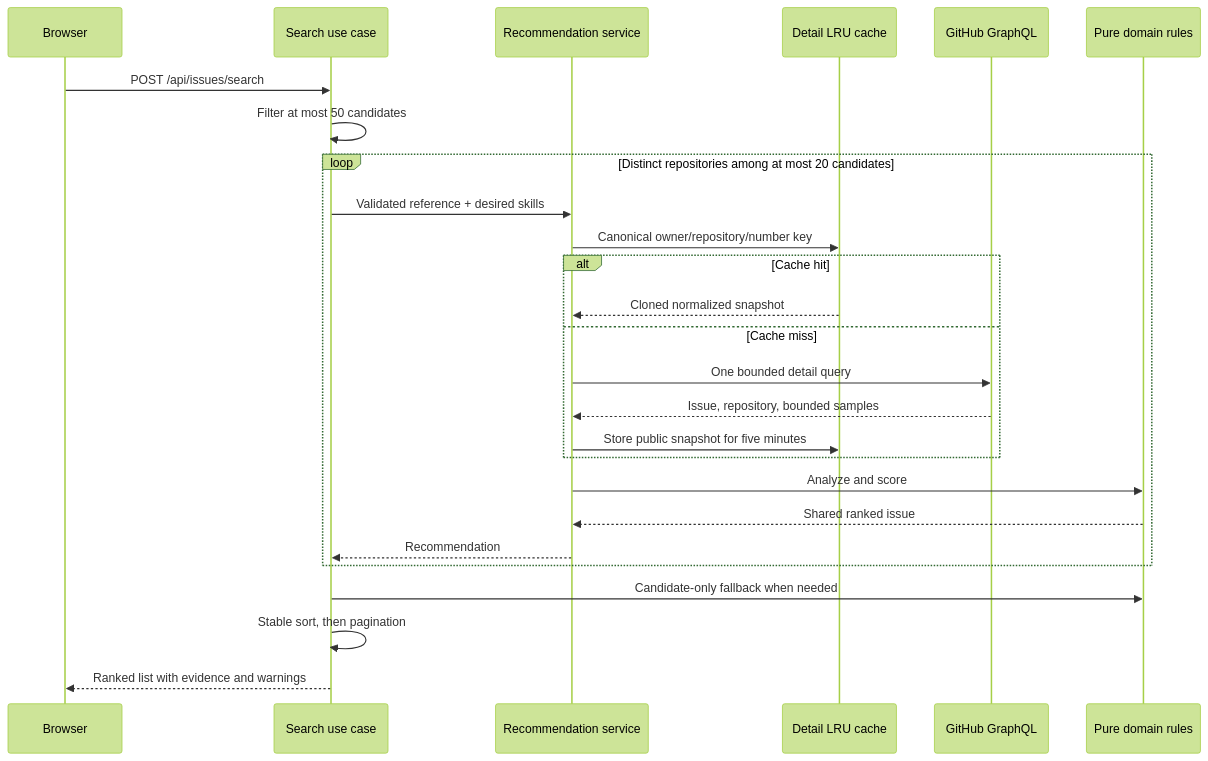
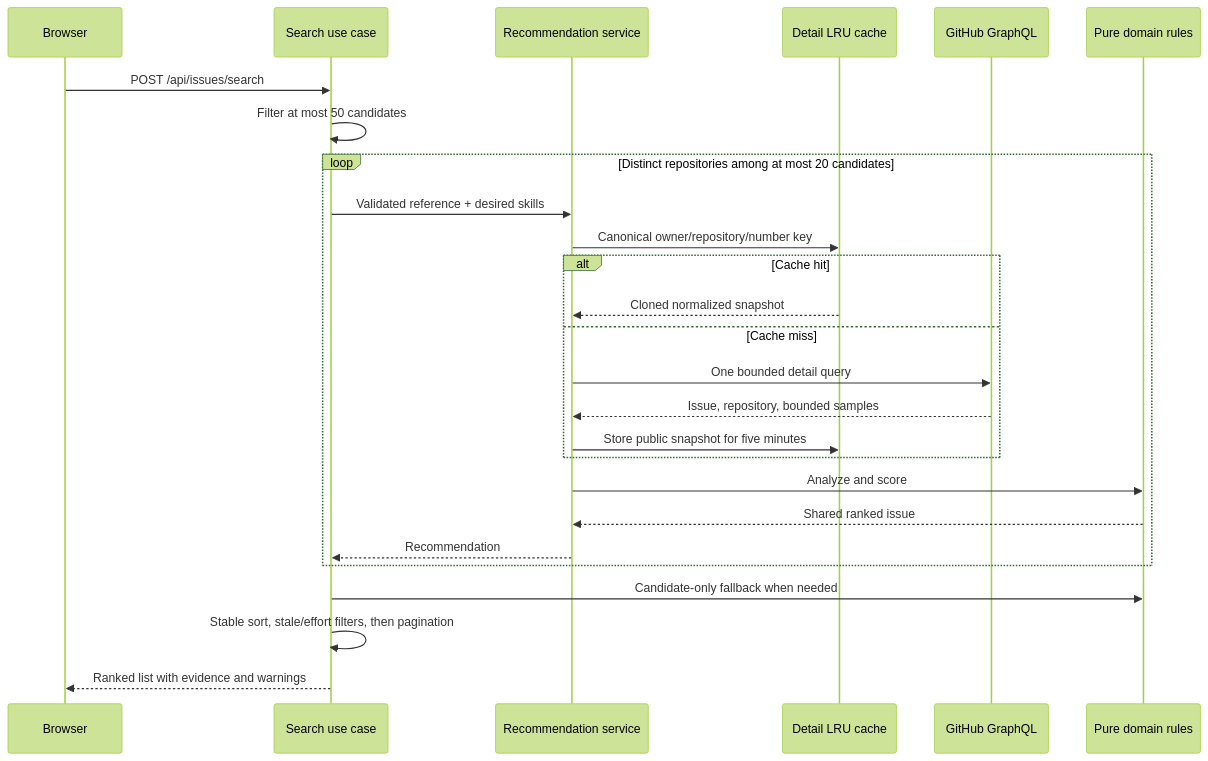
The diagram in docs/issue-recommendations.md (tensho1026/github-oss-search), drawn with Mermaid (forest theme) before and after one commit. The commit also changed other lines of this file and 36 other files, not shown here.

````diff
--- a/docs/issue-recommendations.md
+++ b/docs/issue-recommendations.md
@@ -10,29 +10,29 @@
 ```mermaid
 sequenceDiagram
     participant Browser
     participant Search as Search use case
     participant Detail as Recommendation service
     participant Cache as Detail LRU cache
     participant GitHub as GitHub GraphQL
     participant Rules as Pure domain rules
 
     Browser->>Search: POST /api/issues/search
     Search->>Search: Filter at most 50 candidates
     loop Distinct repositories among at most 20 candidates
         Search->>Detail: Validated reference + desired skills
         Detail->>Cache: Canonical owner/repository/number key
         alt Cache hit
             Cache-->>Detail: Cloned normalized snapshot
         else Cache miss
             Detail->>GitHub: One bounded detail query
             GitHub-->>Detail: Issue, repository, bounded samples
             Detail->>Cache: Store public snapshot for five minutes
         end
         Detail->>Rules: Analyze and score
         Rules-->>Detail: Shared ranked issue
         Detail-->>Search: Recommendation
     end
     Search->>Rules: Candidate-only fallback when needed
-    Search->>Search: Stable sort, then pagination
+    Search->>Search: Stable sort, stale/effort filters, then pagination
     Search-->>Browser: Ranked list with evidence and warnings
 ```
````
